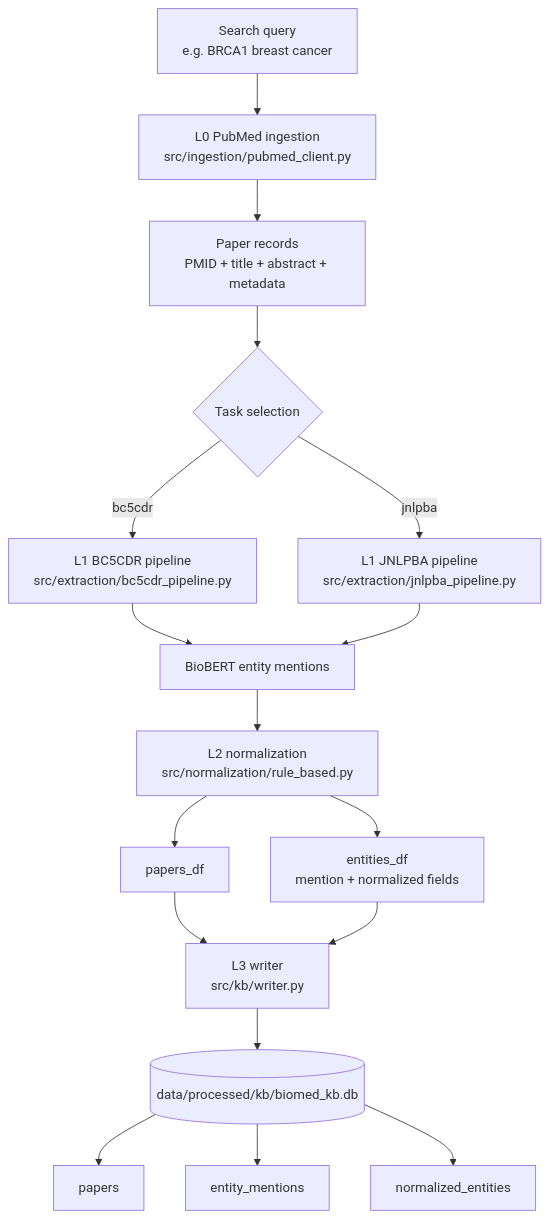
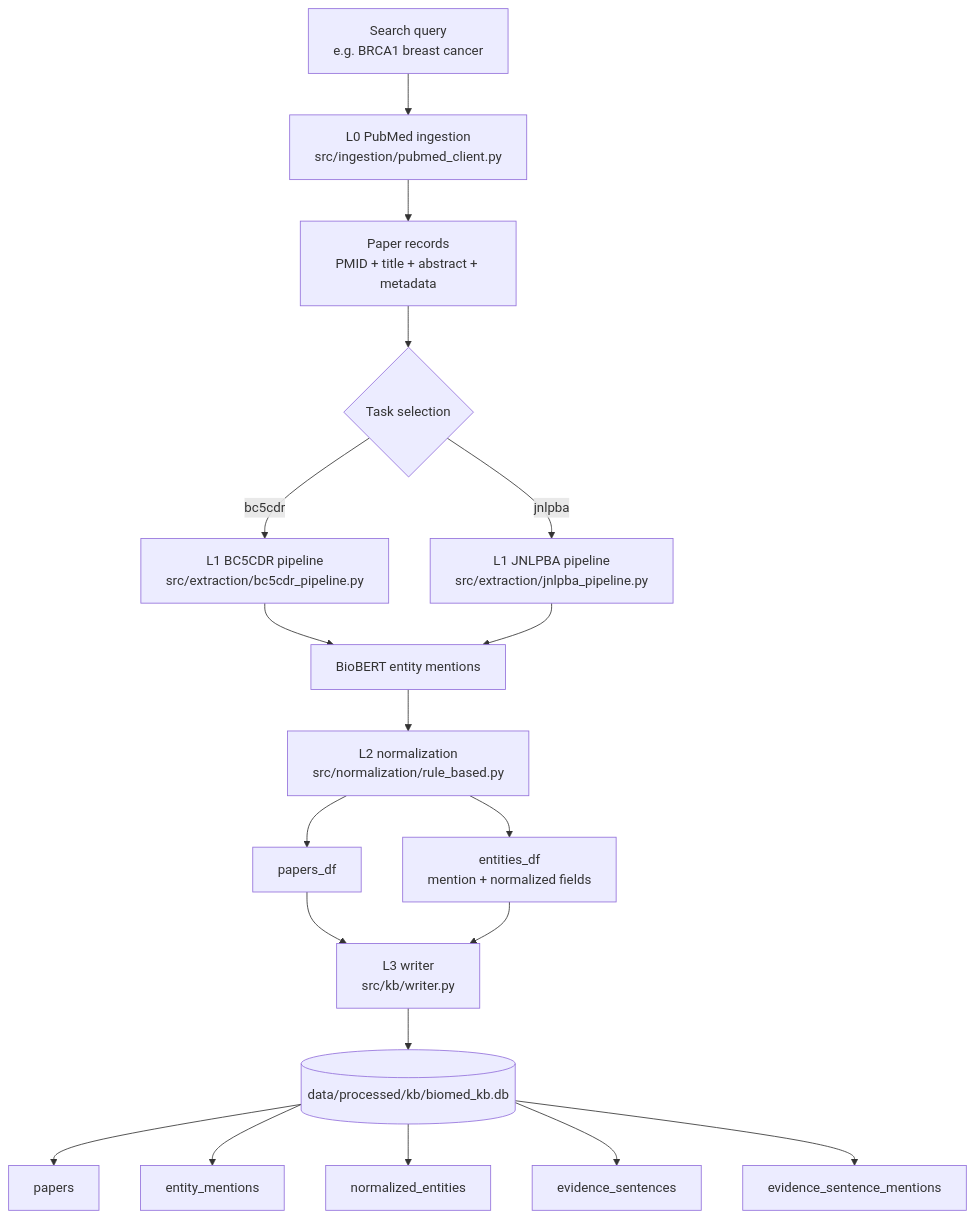
Before and after one commit to Yi104/biomedical_literature_intelligence_engine: the second of 4 diagrams in doc/end_to_end_data_flow.md, drawn with Mermaid. The commit also changed other lines of this file and 19 other files, not shown here.

Commit message:
add sentence-level evidence retrieval for L3-L5

````diff
--- a/doc/end_to_end_data_flow.md
+++ b/doc/end_to_end_data_flow.md
@@ -79,19 +81,21 @@
 ```mermaid
 flowchart TD
     A["Search query<br/>e.g. BRCA1 breast cancer"] --> B["L0 PubMed ingestion<br/>src/ingestion/pubmed_client.py"]
     B --> C["Paper records<br/>PMID + title + abstract + metadata"]
     C --> D{"Task selection"}
     D -->|bc5cdr| E["L1 BC5CDR pipeline<br/>src/extraction/bc5cdr_pipeline.py"]
     D -->|jnlpba| F["L1 JNLPBA pipeline<br/>src/extraction/jnlpba_pipeline.py"]
     E --> G["BioBERT entity mentions"]
     F --> G
     G --> H["L2 normalization<br/>src/normalization/rule_based.py"]
     H --> I["papers_df"]
     H --> J["entities_df<br/>mention + normalized fields"]
     I --> K["L3 writer<br/>src/kb/writer.py"]
     J --> K
     K --> L[("data/processed/kb/biomed_kb.db")]
     L --> M["papers"]
     L --> N["entity_mentions"]
     L --> O["normalized_entities"]
+    L --> P["evidence_sentences"]
+    L --> Q["evidence_sentence_mentions"]
 ```
````
